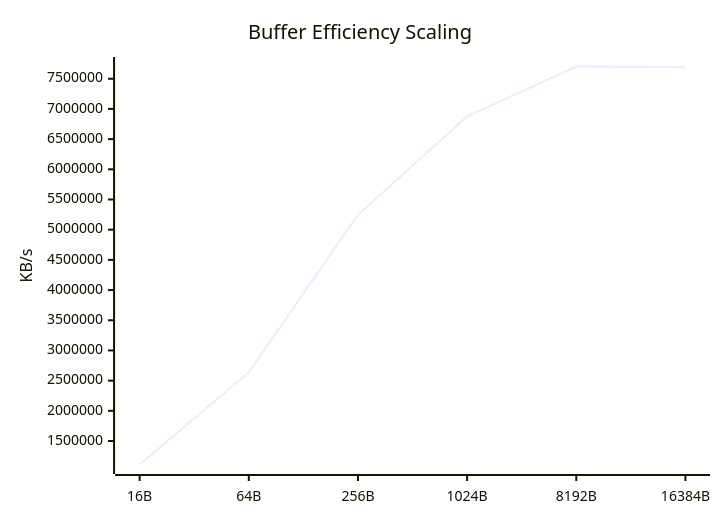
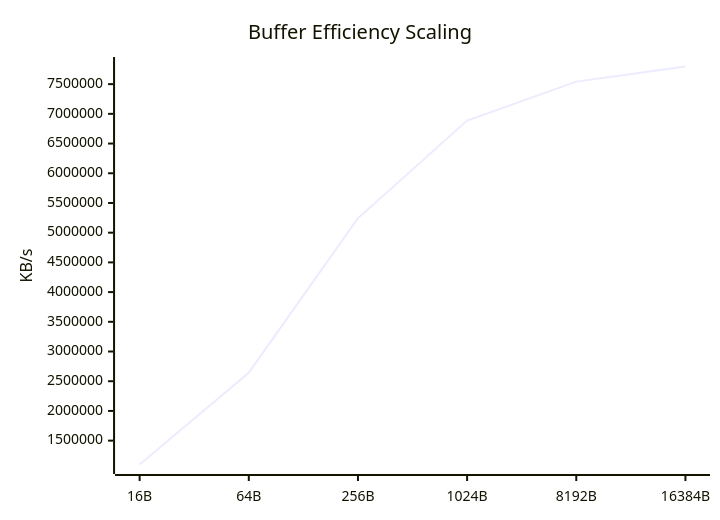
Before and after one commit to taha2samy/openssl_fips: the eighth of 9 diagrams in docs/Comparison_Report.md, drawn with Mermaid. The commit also changed other lines of this file and 3 other files, not shown here.

````diff
--- a/docs/Comparison_Report.md
+++ b/docs/Comparison_Report.md
@@ -118,7 +118,7 @@
 ```mermaid
 xychart-beta
     title "Buffer Efficiency Scaling"
     x-axis [16B, 64B, 256B, 1024B, 8192B, 16384B]
     y-axis "KB/s"
-    line [1110905.26, 2636311.33, 5244247.55, 6876996.1, 7702847.49, 7691059.2]
+    line [1098341.96, 2643441.89, 5242122.75, 6885884.93, 7542624.26, 7796793.34]
 ```
````
